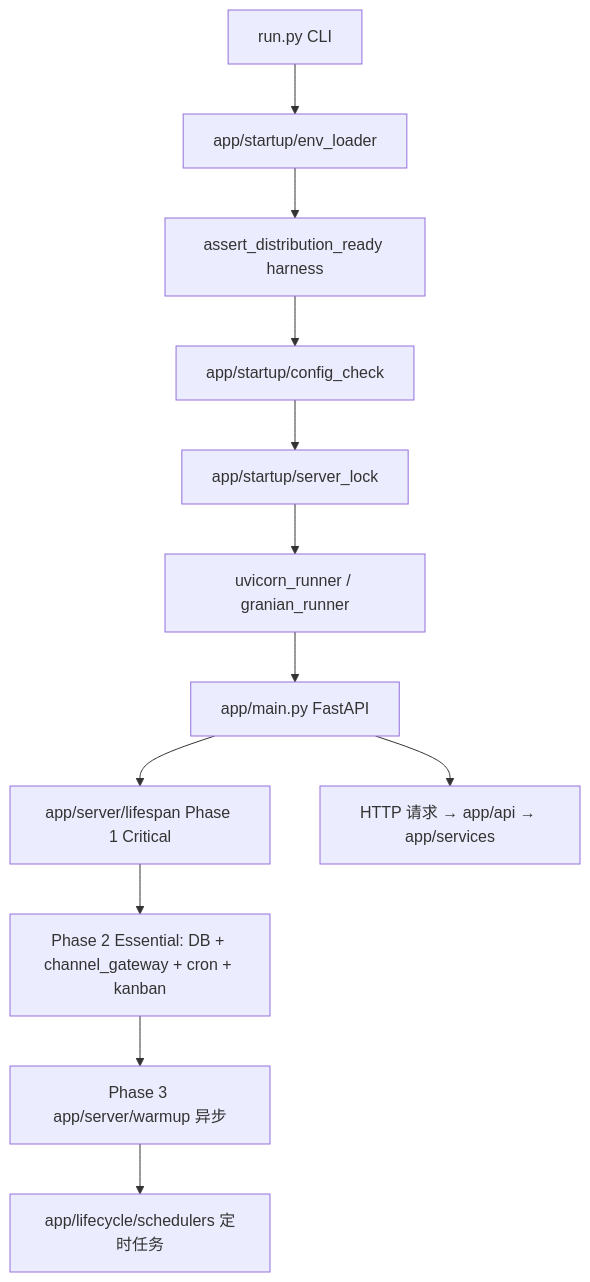
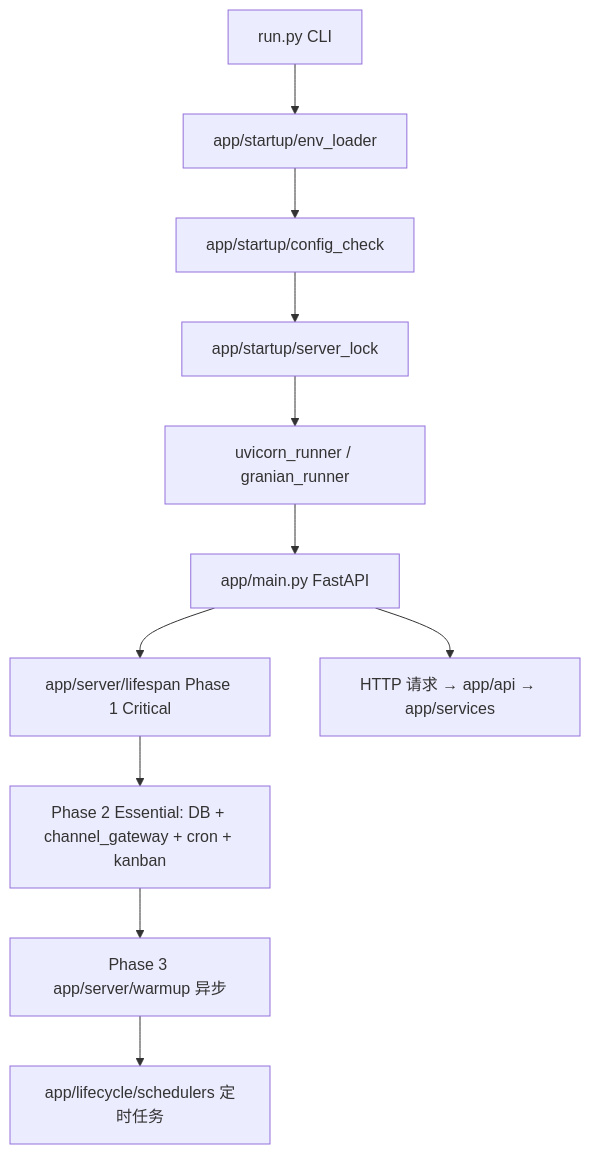
The diagram in ARCHITECTURE.md (Pursue-LLL/myrm-agent), drawn with Mermaid before and after one commit. The commit also changed other lines of this file and 3 other files, not shown here.

````diff
--- a/ARCHITECTURE.md
+++ b/ARCHITECTURE.md
@@ -92,14 +92,13 @@
 ```mermaid
 flowchart TD
   A[run.py CLI] --> B[app/startup/env_loader]
-  B --> C[assert_distribution_ready harness]
-  C --> D[app/startup/config_check]
+  B --> D[app/startup/config_check]
   D --> E[app/startup/server_lock]
   E --> F[uvicorn_runner / granian_runner]
   F --> G[app/main.py FastAPI]
   G --> H[app/server/lifespan Phase 1 Critical]
   H --> I[Phase 2 Essential: DB + channel_gateway + cron + kanban]
   I --> J[Phase 3 app/server/warmup 异步]
   J --> K[app/lifecycle/schedulers 定时任务]
   G --> L[HTTP 请求 → app/api → app/services]
 ```
````
